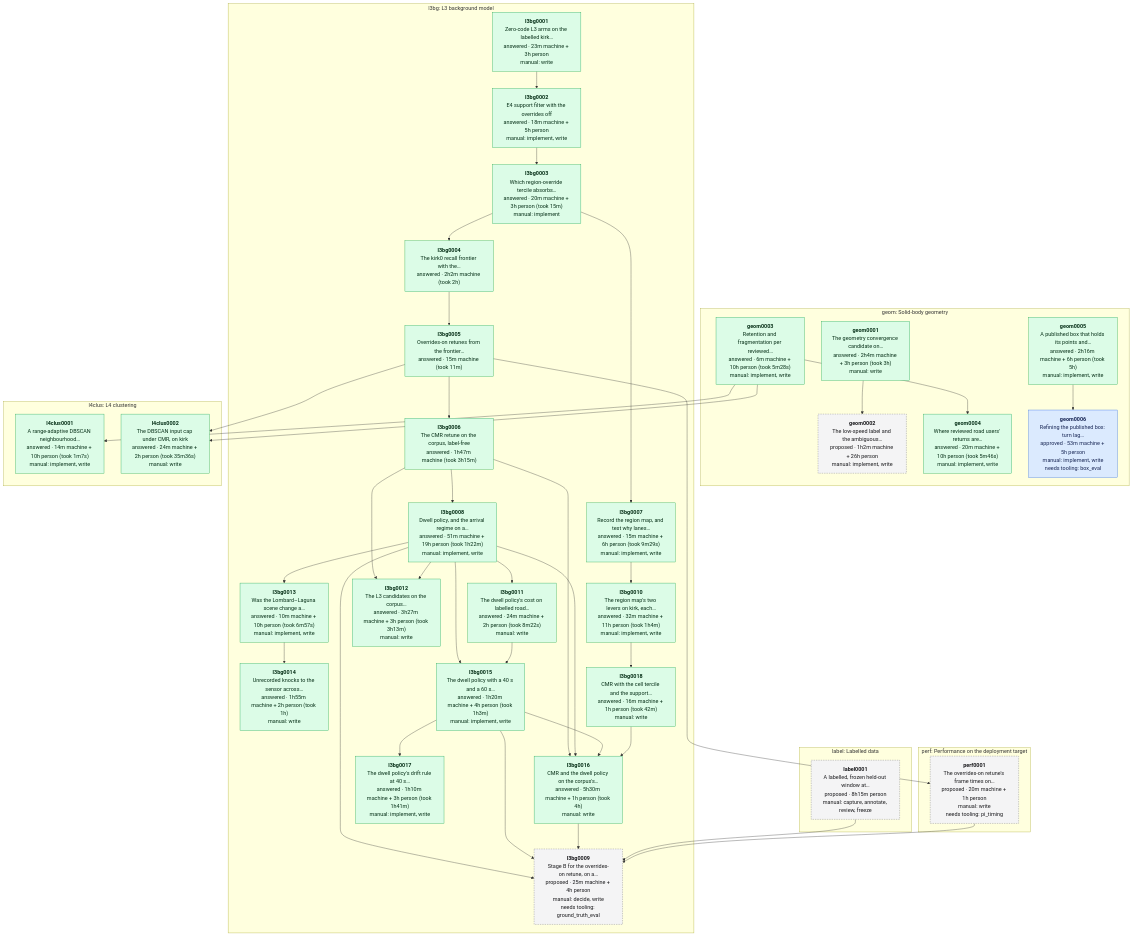
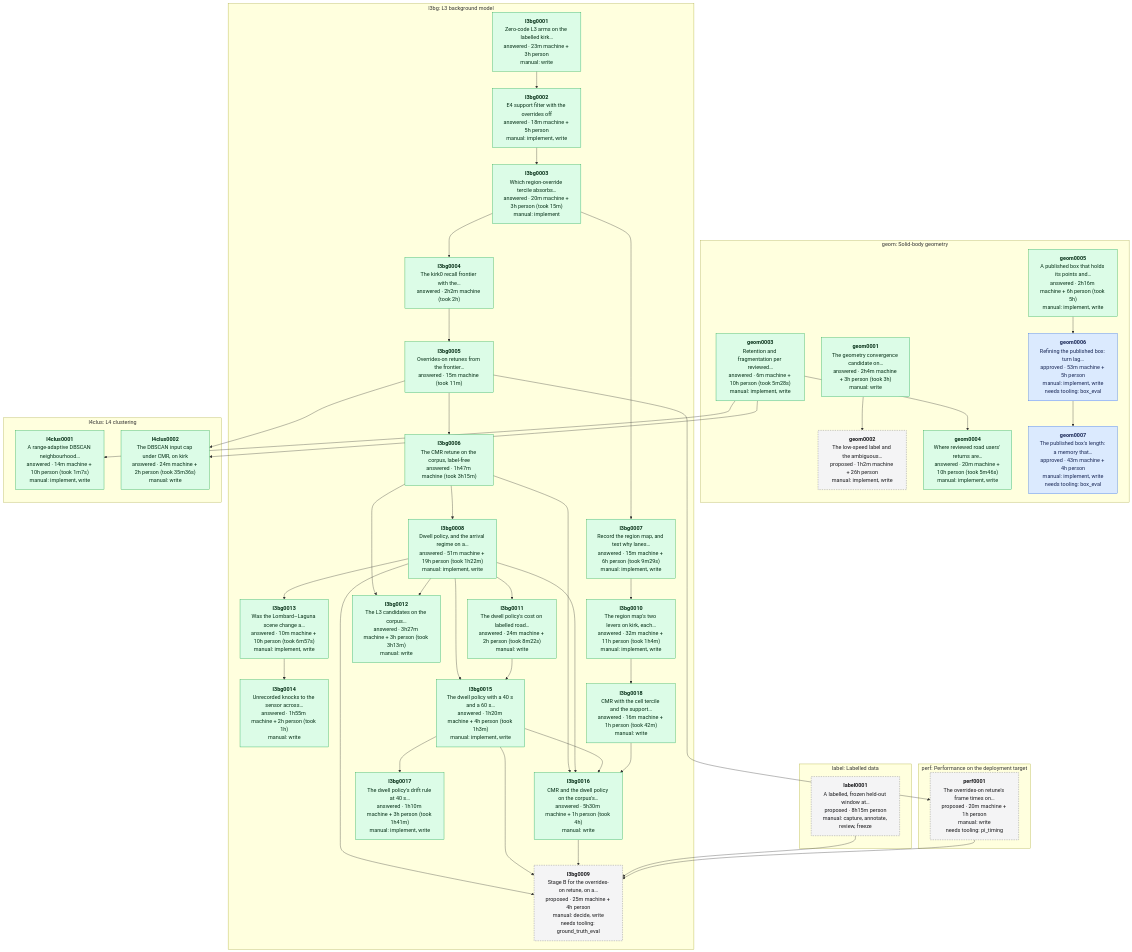
Before and after one commit to banshee-data/velocity.report: the diagram in data/experiments/DEPENDENCIES.md, drawn with Mermaid. The commit also changed other lines of this file and 1 other file, not shown here.

Commit message:
[ai][docs] geom0007 spec: the published box's length, with its adoption rule written before the replays

````diff
--- a/data/experiments/DEPENDENCIES.md
+++ b/data/experiments/DEPENDENCIES.md
@@ -7,78 +7,80 @@
 ```mermaid
 flowchart TB
   classDef proposed fill:#f4f4f5,stroke:#71717a,stroke-dasharray:4 3,color:#18181b
   classDef approved fill:#dbeafe,stroke:#2563eb,color:#172554
   classDef answered fill:#dcfce7,stroke:#16a34a,color:#052e16
   classDef retired fill:#fafafa,stroke:#d4d4d8,color:#71717a
   subgraph area_geom ["geom: Solid-body geometry"]
     geom0001["<b>geom0001</b><br/>The geometry convergence candidate on…<br/>answered · 2h4m machine + 3h person (took 3h)<br/>manual: write"]:::answered
     geom0002["<b>geom0002</b><br/>The low-speed label and the ambiguous…<br/>proposed · 1h2m machine + 26h person<br/>manual: implement, write"]:::proposed
     geom0003["<b>geom0003</b><br/>Retention and fragmentation per reviewed…<br/>answered · 6m machine + 10h person (took 5m28s)<br/>manual: implement, write"]:::answered
     geom0004["<b>geom0004</b><br/>Where reviewed road users' returns are…<br/>answered · 20m machine + 10h person (took 5m46s)<br/>manual: implement, write"]:::answered
     geom0005["<b>geom0005</b><br/>A published box that holds its points and…<br/>answered · 2h16m machine + 6h person (took 5h)<br/>manual: implement, write"]:::answered
     geom0006["<b>geom0006</b><br/>Refining the published box: turn lag…<br/>approved · 53m machine + 5h person<br/>manual: implement, write<br/>needs tooling: box_eval"]:::approved
+    geom0007["<b>geom0007</b><br/>The published box's length: a memory that…<br/>approved · 43m machine + 4h person<br/>manual: implement, write<br/>needs tooling: box_eval"]:::approved
   end
   subgraph area_l3bg ["l3bg: L3 background model"]
     l3bg0001["<b>l3bg0001</b><br/>Zero-code L3 arms on the labelled kirk…<br/>answered · 23m machine + 3h person<br/>manual: write"]:::answered
     l3bg0002["<b>l3bg0002</b><br/>E4 support filter with the overrides off<br/>answered · 18m machine + 5h person<br/>manual: implement, write"]:::answered
     l3bg0003["<b>l3bg0003</b><br/>Which region-override tercile absorbs…<br/>answered · 20m machine + 3h person (took 15m)<br/>manual: implement"]:::answered
     l3bg0004["<b>l3bg0004</b><br/>The kirk0 recall frontier with the…<br/>answered · 2h2m machine (took 2h)"]:::answered
     l3bg0005["<b>l3bg0005</b><br/>Overrides-on retunes from the frontier…<br/>answered · 15m machine (took 11m)"]:::answered
     l3bg0006["<b>l3bg0006</b><br/>The CMR retune on the corpus, label-free<br/>answered · 1h47m machine (took 3h15m)"]:::answered
     l3bg0007["<b>l3bg0007</b><br/>Record the region map, and test why lanes…<br/>answered · 15m machine + 6h person (took 9m29s)<br/>manual: implement, write"]:::answered
     l3bg0008["<b>l3bg0008</b><br/>Dwell policy, and the arrival regime on a…<br/>answered · 51m machine + 19h person (took 1h22m)<br/>manual: implement, write"]:::answered
     l3bg0009["<b>l3bg0009</b><br/>Stage B for the overrides-on retune, on a…<br/>proposed · 25m machine + 4h person<br/>manual: decide, write<br/>needs tooling: ground_truth_eval"]:::proposed
     l3bg0010["<b>l3bg0010</b><br/>The region map's two levers on kirk, each…<br/>answered · 32m machine + 11h person (took 1h4m)<br/>manual: implement, write"]:::answered
     l3bg0011["<b>l3bg0011</b><br/>The dwell policy's cost on labelled road…<br/>answered · 24m machine + 2h person (took 8m22s)<br/>manual: write"]:::answered
     l3bg0012["<b>l3bg0012</b><br/>The L3 candidates on the corpus…<br/>answered · 3h27m machine + 3h person (took 3h13m)<br/>manual: write"]:::answered
     l3bg0013["<b>l3bg0013</b><br/>Was the Lombard–Laguna scene change a…<br/>answered · 10m machine + 10h person (took 6m57s)<br/>manual: implement, write"]:::answered
     l3bg0014["<b>l3bg0014</b><br/>Unrecorded knocks to the sensor across…<br/>answered · 1h55m machine + 2h person (took 1h)<br/>manual: write"]:::answered
     l3bg0015["<b>l3bg0015</b><br/>The dwell policy with a 40 s and a 60 s…<br/>answered · 1h20m machine + 4h person (took 1h3m)<br/>manual: implement, write"]:::answered
     l3bg0016["<b>l3bg0016</b><br/>CMR and the dwell policy on the corpus's…<br/>answered · 5h30m machine + 1h person (took 4h)<br/>manual: write"]:::answered
     l3bg0017["<b>l3bg0017</b><br/>The dwell policy's drift rule at 40 s…<br/>answered · 1h10m machine + 3h person (took 1h41m)<br/>manual: implement, write"]:::answered
     l3bg0018["<b>l3bg0018</b><br/>CMR with the cell tercile and the support…<br/>answered · 16m machine + 1h person (took 42m)<br/>manual: write"]:::answered
   end
   subgraph area_l4clus ["l4clus: L4 clustering"]
     l4clus0001["<b>l4clus0001</b><br/>A range-adaptive DBSCAN neighbourhood…<br/>answered · 14m machine + 10h person (took 1m7s)<br/>manual: implement, write"]:::answered
     l4clus0002["<b>l4clus0002</b><br/>The DBSCAN input cap under CMR, on kirk<br/>answered · 24m machine + 2h person (took 35m36s)<br/>manual: write"]:::answered
   end
   subgraph area_label ["label: Labelled data"]
     label0001["<b>label0001</b><br/>A labelled, frozen held-out window at…<br/>proposed · 8h15m person<br/>manual: capture, annotate, review, freeze"]:::proposed
   end
   subgraph area_perf ["perf: Performance on the deployment target"]
     perf0001["<b>perf0001</b><br/>The overrides-on retune's frame times on…<br/>proposed · 20m machine + 1h person<br/>manual: write<br/>needs tooling: pi_timing"]:::proposed
   end
   geom0001 --> geom0002
   geom0003 --> geom0004
   geom0005 --> geom0006
+  geom0006 --> geom0007
   l3bg0001 --> l3bg0002
   l3bg0002 --> l3bg0003
   l3bg0003 --> l3bg0004
   l3bg0004 --> l3bg0005
   l3bg0005 --> l3bg0006
   l3bg0003 --> l3bg0007
   l3bg0006 --> l3bg0008
   l3bg0008 --> l3bg0009
   l3bg0015 --> l3bg0009
   l3bg0016 --> l3bg0009
   label0001 --> l3bg0009
   perf0001 --> l3bg0009
   l3bg0007 --> l3bg0010
   l3bg0008 --> l3bg0011
   l3bg0006 --> l3bg0012
   l3bg0008 --> l3bg0012
   l3bg0008 --> l3bg0013
   l3bg0013 --> l3bg0014
   l3bg0008 --> l3bg0015
   l3bg0011 --> l3bg0015
   l3bg0006 --> l3bg0016
   l3bg0008 --> l3bg0016
   l3bg0015 --> l3bg0016
   l3bg0018 --> l3bg0016
   l3bg0015 --> l3bg0017
   l3bg0010 --> l3bg0018
   geom0003 --> l4clus0001
   geom0003 --> l4clus0002
   l3bg0005 --> l4clus0002
   l3bg0005 --> perf0001
 ```
````
